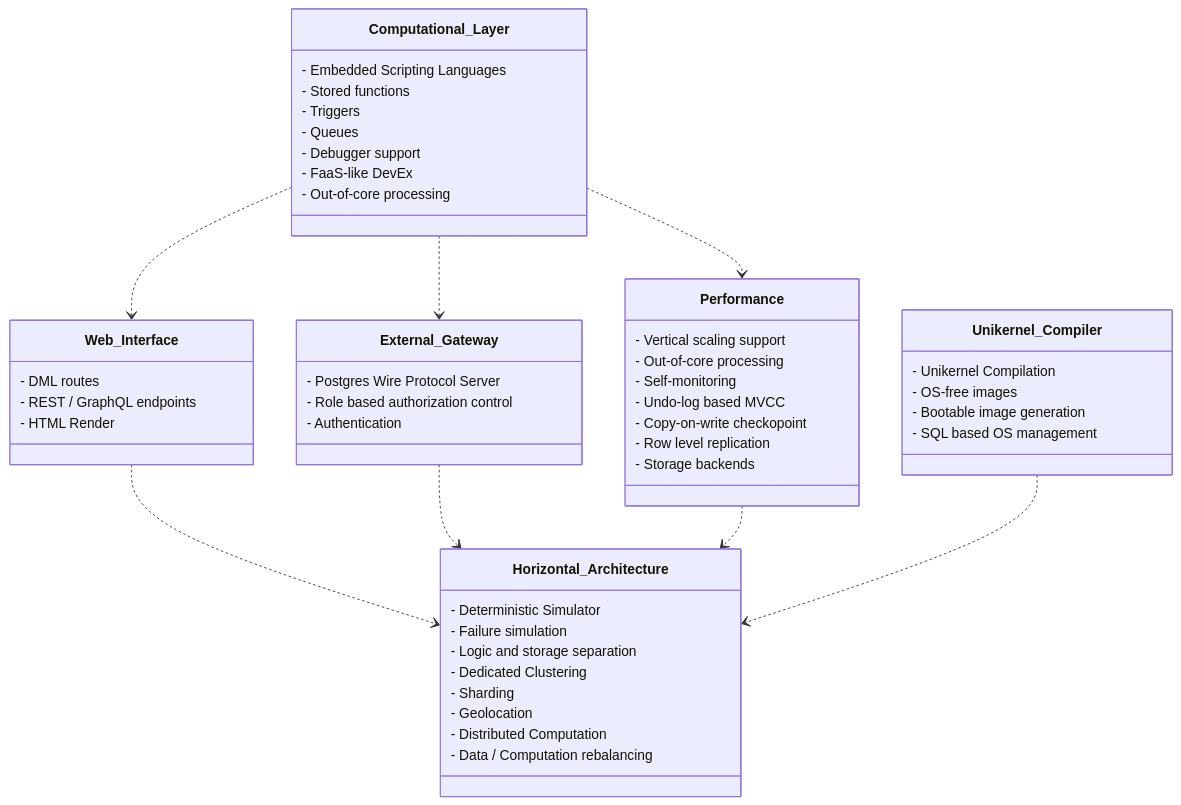
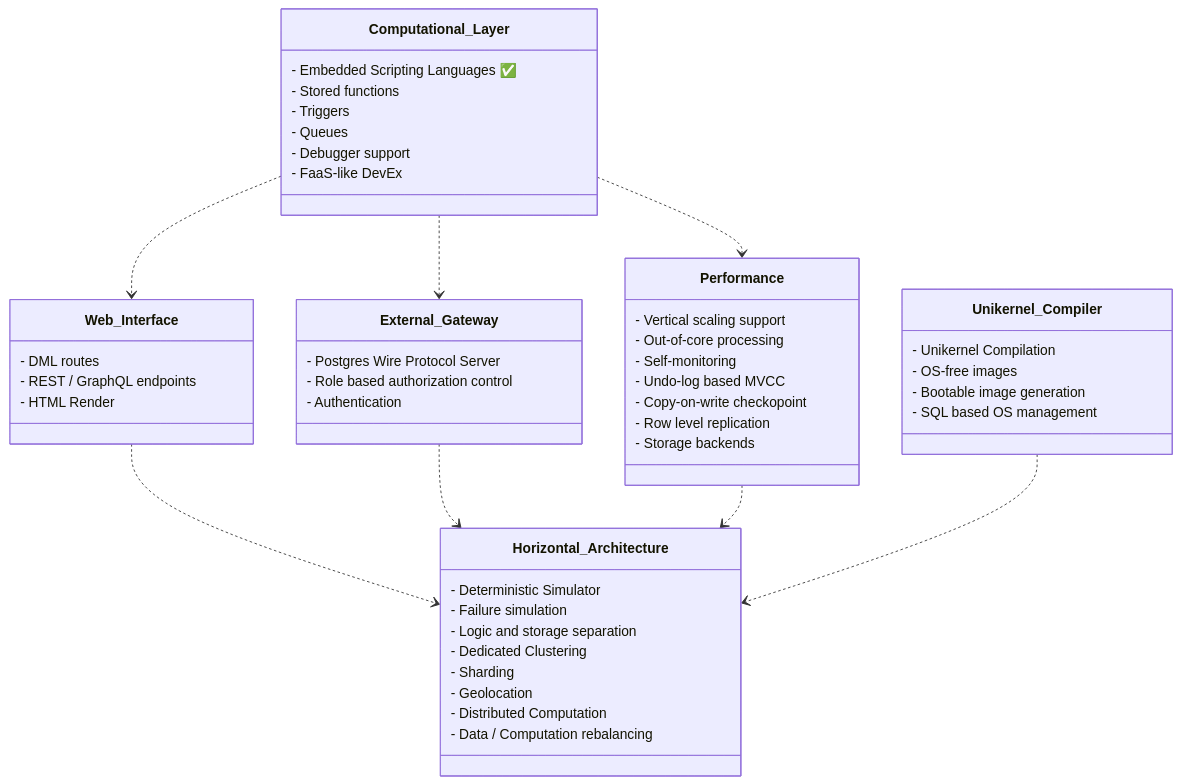
One commit to oxibase/oxibase changed the diagram in README.md. Above: the diagram before and after it, drawn with Mermaid.

````diff
--- a/README.md
+++ b/README.md
@@ -76,64 +76,63 @@
 ```mermaid
 classDiagram
     %% --- RELATIONSHIPS ---
     %% Use the short class names here, not "Layer.Class"
     Computational_Layer ..> Web_Interface
     Computational_Layer ..> External_Gateway
     Computational_Layer ..> Performance
 
     Web_Interface ..> Horizontal_Architecture
     External_Gateway ..> Horizontal_Architecture
     Performance ..> Horizontal_Architecture
     Unikernel_Compiler ..> Horizontal_Architecture
 
     %% --- LAYERS & CLASS DEFINITIONS ---
 
     class Computational_Layer {
-        - Embedded Scripting Languages
+        - Embedded Scripting Languages ✅
         - Stored functions
         - Triggers
         - Queues
         - Debugger support
         - FaaS-like DevEx
-        - Out-of-core processing
     }
     class Web_Interface {
         - DML routes
         - REST / GraphQL endpoints
         - HTML Render
     }
     class External_Gateway {
         - Postgres Wire Protocol Server
         - Role based authorization control
         - Authentication
     }
 
     class Performance {
         - Vertical scaling support
         - Out-of-core processing
         - Self-monitoring
         - Undo-log based MVCC
         - Copy-on-write checkopoint
         - Row level replication
         - Storage backends
     }
 
     class Horizontal_Architecture {
         - Deterministic Simulator
         - Failure simulation
         - Logic and storage separation
         - Dedicated Clustering
         - Sharding
         - Geolocation
         - Distributed Computation
         - Data / Computation rebalancing
     }
 
     class Unikernel_Compiler {
         - Unikernel Compilation
         - OS-free images
         - Bootable image generation
         - SQL based OS management
     }
 
 ```
````
